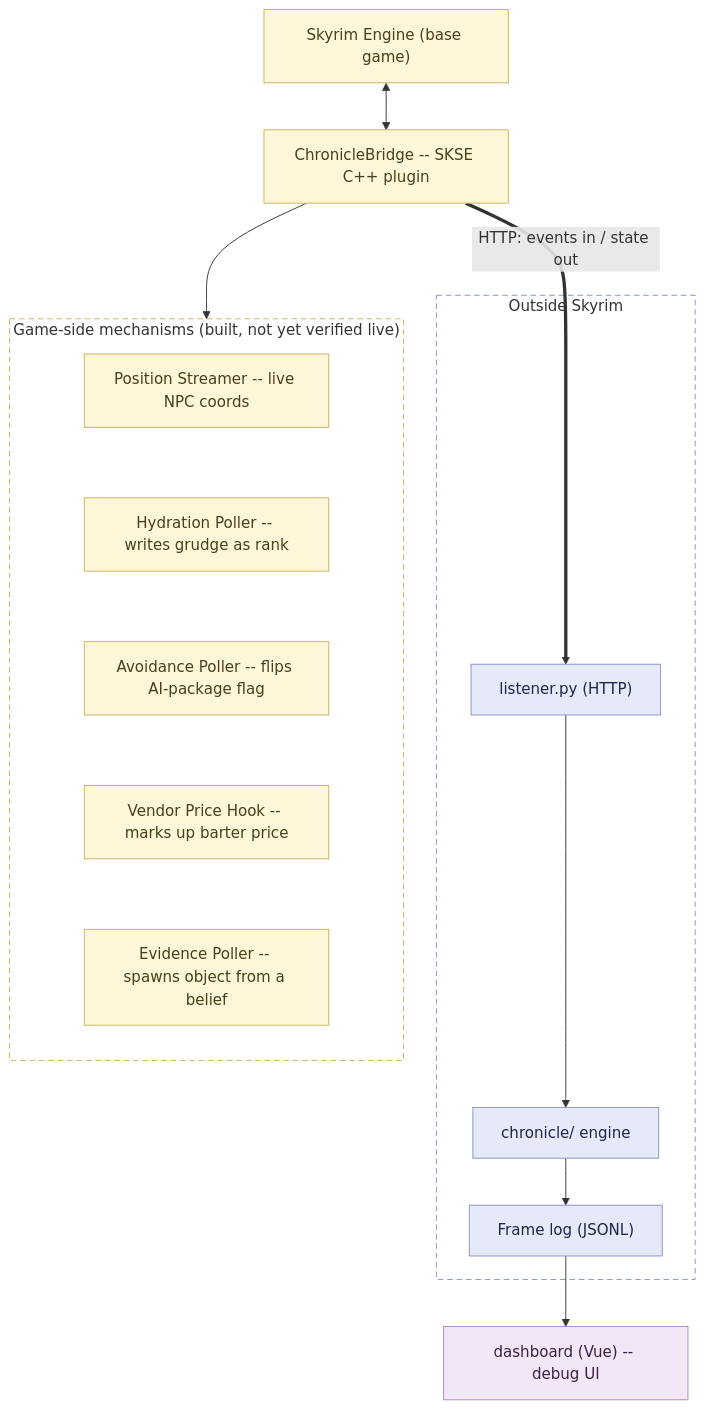
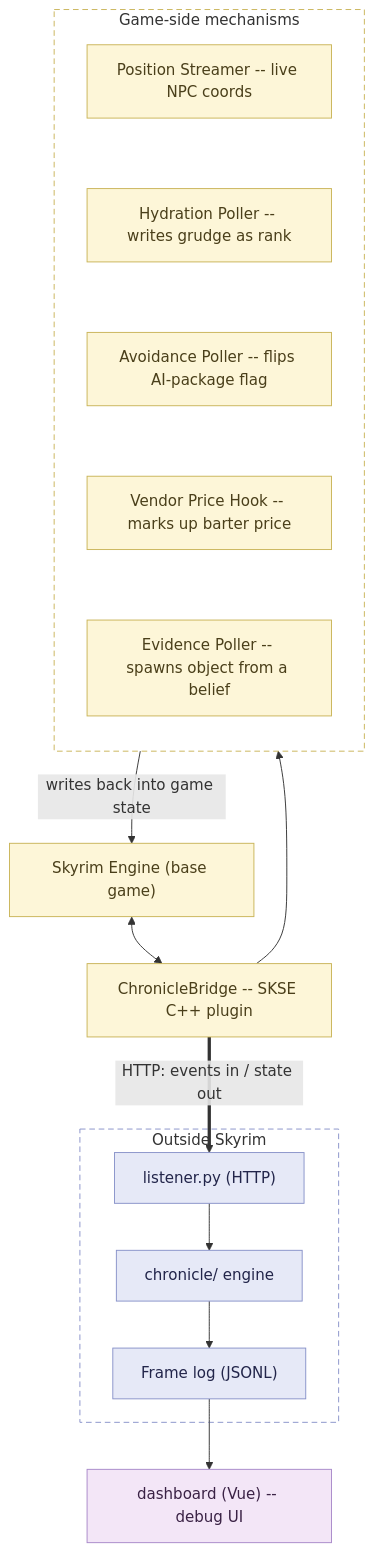
The first of 4 diagrams in README.md (ByteBard97/Chronicle), drawn with Mermaid before and after one commit. The commit also changed other lines of this file, not shown here.

Commit message:
README: close the architecture diagram's loop back into the game
Added the missing "writes back into game state" edge from the
mechanisms column to the Skyrim engine -- the diagram previously
showed the bridge pushing data out to these mechanisms but never
showed them actually mutating the game (relationship ranks, AI
packages, prices, spawned objects). Moved the "(built, not yet
verified live)" status note out of the subgraph title (it was
colliding with the first box once the new edge added a label above
it) into a caption sentence instead.

````diff
--- a/README.md
+++ b/README.md
@@ -33,25 +33,26 @@
 ```mermaid
 flowchart TB
     ENGINE["Skyrim Engine (base game)"] <--> BRIDGE["ChronicleBridge -- SKSE C++ plugin"]
     BRIDGE =="HTTP: events in / state out"==> LISTENER
     BRIDGE --> POS
 
     subgraph PYTHON["Outside Skyrim"]
         LISTENER["listener.py (HTTP)"] --> CORE["chronicle/ engine"] --> LOG["Frame log (JSONL)"]
     end
     LOG --> DASH["dashboard (Vue) -- debug UI"]
 
-    subgraph MECH["Game-side mechanisms (built, not yet verified live)"]
+    subgraph MECH["Game-side mechanisms"]
         direction TB
         POS["Position Streamer -- live NPC coords"] ~~~ HYD["Hydration Poller -- writes grudge as rank"] ~~~ AVOID["Avoidance Poller -- flips AI-package flag"] ~~~ VEND["Vendor Price Hook -- marks up barter price"] ~~~ EVID["Evidence Poller -- spawns object from a belief"]
     end
+    MECH -- "writes back into game state" --> ENGINE
 
     classDef ingame fill:#fdf6d8,stroke:#c9b458,color:#4a3f1a;
     classDef host fill:#e6e9f7,stroke:#8892c9,color:#22254a;
     classDef debug fill:#f3e6f7,stroke:#a888c9,color:#3a2245;
     class ENGINE,BRIDGE,POS,HYD,AVOID,VEND,EVID ingame
     class LISTENER,CORE,LOG host
     class DASH debug
     style PYTHON stroke-dasharray: 6 4,fill:none,stroke:#8892c9
     style MECH stroke-dasharray: 6 4,fill:none,stroke:#c9b458
 ```
````
